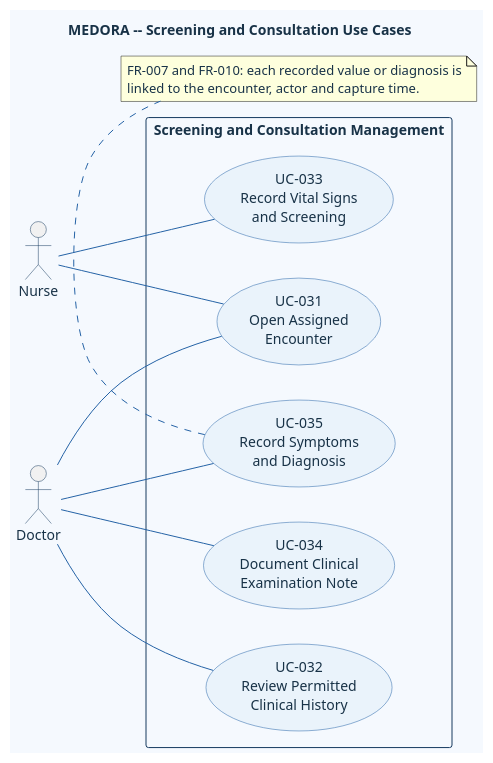
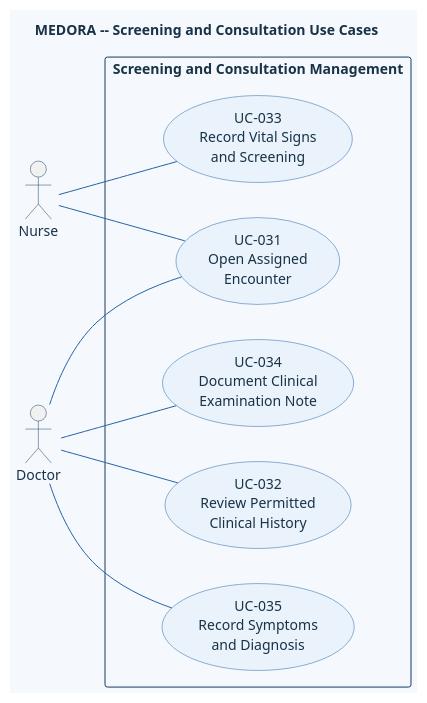
Before and after one commit to DucDung-1107/SysDes_2026.1_Group_08: the diagram in doc/asset/03-system-requirements/use-case-by-function/medical-examination/uml_code/medical-examination.puml, drawn with PlantUML. The commit also changed 34 other files, not shown here.

```diff
--- a/doc/asset/03-system-requirements/use-case-by-function/medical-examination/uml_code/medical-examination.puml
+++ b/doc/asset/03-system-requirements/use-case-by-function/medical-examination/uml_code/medical-examination.puml
@@ -1,38 +1,34 @@
 @startuml
 title MEDORA -- Screening and Consultation Use Cases
 left to right direction
 skinparam shadowing false
 skinparam defaultFontName Arial
 skinparam defaultFontColor #183247
 skinparam backgroundColor #F5F9FE
 skinparam ArrowColor #2563A6
 skinparam UsecaseBackgroundColor #EAF3FB
 skinparam UsecaseBorderColor #2563A6
 skinparam UsecaseFontColor #183247
 skinparam ActorBorderColor #163A5F
 skinparam ActorFontColor #183247
 skinparam RectangleBackgroundColor #F5F9FE
 skinparam RectangleBorderColor #163A5F
 
 actor Nurse as nurse
 actor Doctor as doctor
 
 rectangle "Screening and Consultation Management" {
   usecase "UC-031\nOpen Assigned\nEncounter" as open
   usecase "UC-032\nReview Permitted\nClinical History" as review
   usecase "UC-033\nRecord Vital Signs\nand Screening" as vitals
   usecase "UC-034\nDocument Clinical\nExamination Note" as note
   usecase "UC-035\nRecord Symptoms\nand Diagnosis" as diagnosis
 }
 
 nurse -- open
 nurse -- vitals
 doctor -- open
 doctor -- review
 doctor -- note
 doctor -- diagnosis
-note bottom of diagnosis
-  FR-007 and FR-010: each recorded value or diagnosis is
-  linked to the encounter, actor and capture time.
-end note
 @enduml
```
